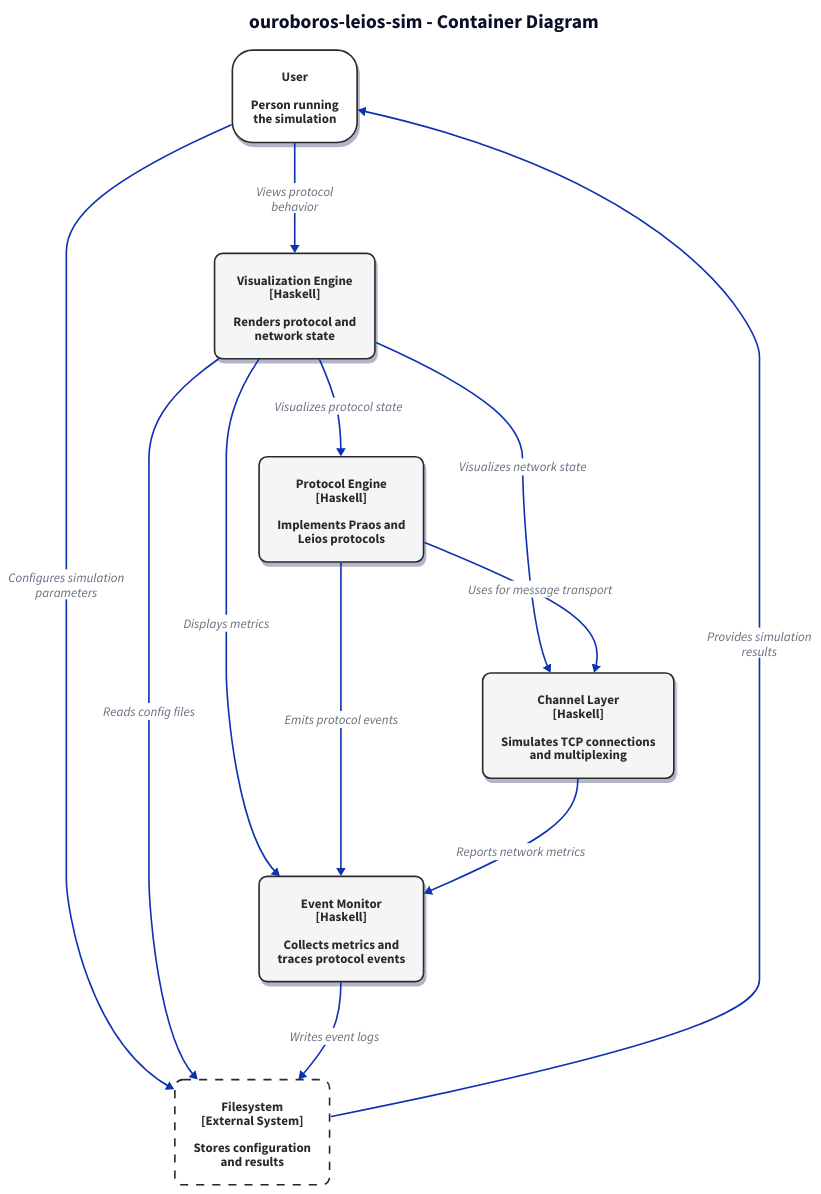
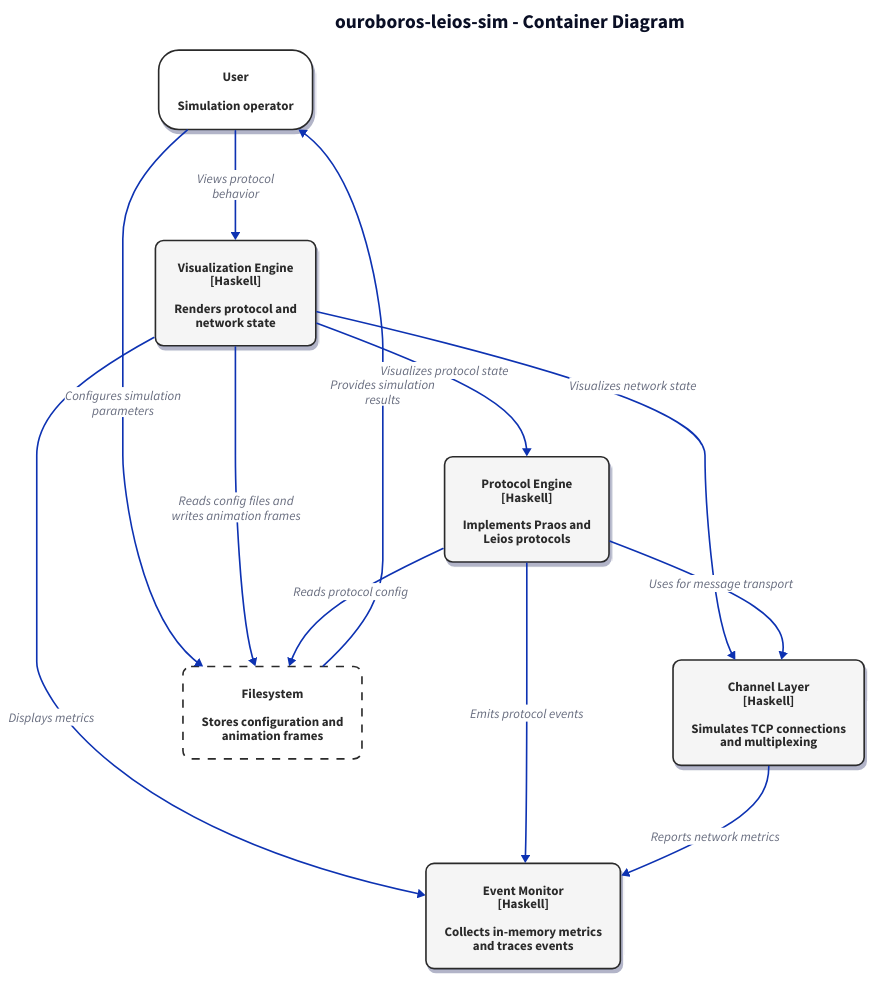
The diagram in simulation/docs/container.d2 (input-output-hk/ouroboros-leios), drawn with D2 before and after one commit. The commit also changed 1 other file, not shown here.

Commit message:
refactor: hs container & component diagram

```diff
--- a/simulation/docs/container.d2
+++ b/simulation/docs/container.d2
@@ -1,86 +1,85 @@
 title: {
   label: "ouroboros-leios-sim - Container Diagram"
   near: top-center
   shape: text
   style.font-size: 24
   style.bold: true
 }
 
 # Styles
 classes: {
   container: {
     style: {
       stroke: "#2a2a2a"
       fill: "#f5f5f5"
       font-color: "#2a2a2a"
       border-radius: 10
       shadow: true
     }
   }
   external: {
     style: {
       stroke: "#2a2a2a"
       fill: "#ffffff"
       font-color: "#2a2a2a"
       border-radius: 10
       stroke-dash: 5
     }
   }
   actor: {
     style: {
       stroke: "#2a2a2a"
       fill: "#ffffff"
       font-color: "#2a2a2a"
       border-radius: 25
       shadow: true
     }
   }
 }
 
 user: {
   class: actor
-  label: "User\n\nPerson running\nthe simulation"
-}
-
-filesystem: {
-  class: external
-  label: "Filesystem\n[External System]\n\nStores configuration\nand results"
+  label: "User\n\nSimulation operator"
 }
 
 protocol-engine: {
   class: container
   label: "Protocol Engine\n[Haskell]\n\nImplements Praos and\nLeios protocols"
 }
 
 network: {
   class: container
   label: "Channel Layer\n[Haskell]\n\nSimulates TCP connections\nand multiplexing"
 }
 
 monitor: {
   class: container
-  label: "Event Monitor\n[Haskell]\n\nCollects metrics and\ntraces protocol events"
+  label: "Event Monitor\n[Haskell]\n\nCollects in-memory metrics\nand traces events"
 }
 
 viz: {
   class: container
   label: "Visualization Engine\n[Haskell]\n\nRenders protocol and\nnetwork state"
 }
 
+filesystem: {
+  class: external
+  label: "Filesystem\n\nStores configuration and\nanimation frames"
+}
+
 # Relationships
 user -> viz: "Views protocol\nbehavior"
 user -> filesystem: "Configures simulation\nparameters"
 
-viz -> filesystem: "Reads config files"
+viz -> filesystem: "Reads config files and\nwrites animation frames"
 viz -> protocol-engine: "Visualizes protocol state"
 viz -> network: "Visualizes network state"
 viz -> monitor: "Displays metrics"
 
 protocol-engine -> network: "Uses for message transport"
 protocol-engine -> monitor: "Emits protocol events"
+protocol-engine -> filesystem: "Reads protocol config"
 
 network -> monitor: "Reports network metrics"
 
-monitor -> filesystem: "Writes event logs"
-
 filesystem -> user: "Provides simulation\nresults"
```
